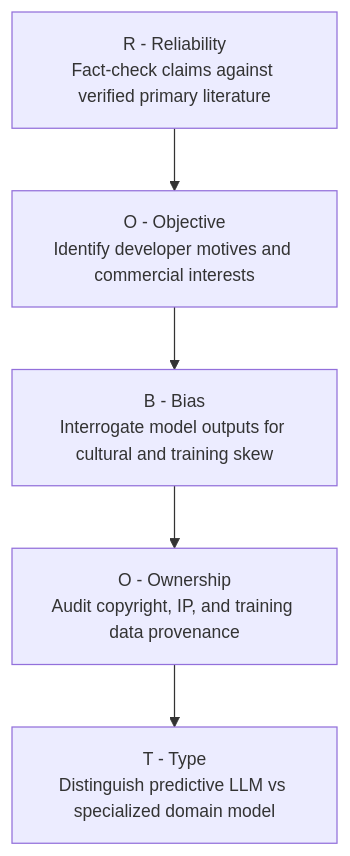
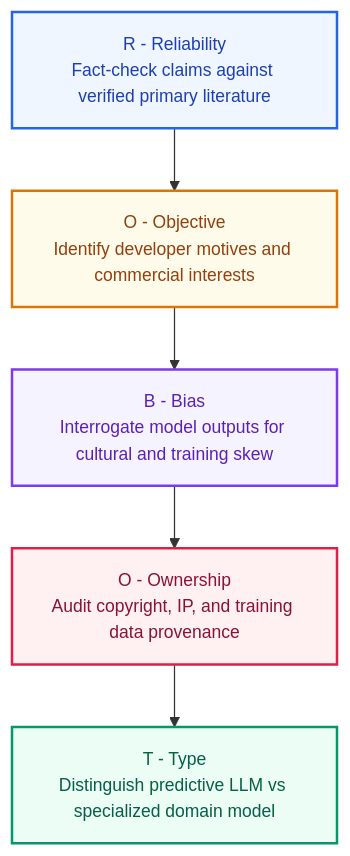
Before and after one commit to UCSB-Library-Research-Data-Services/AI-Literacy: the diagram in chapters/05-frameworks.qmd, drawn with Mermaid. The commit also changed 16 other files, not shown here.

First line of the commit message:
Refactor Mermaid styles and enhance flowchart definitions

````diff
--- a/chapters/05-frameworks.qmd
+++ b/chapters/05-frameworks.qmd
@@ -47,20 +47,32 @@
 ```{mermaid}
 %%| fig-cap: "The ROBOT Test for AI Output Evaluation"
 %%{init: {'flowchart': {'htmlLabels': false}, 'themeVariables': {'fontSize': '14px'}}}%%
 flowchart TD
     A["`R - Reliability
         Fact-check claims against verified primary literature`"]
     B["`O - Objective
         Identify developer motives and commercial interests`"]
     C["`B - Bias
         Interrogate model outputs for cultural and training skew`"]
     D["`O - Ownership
         Audit copyright, IP, and training data provenance`"]
     E["`T - Type
         Distinguish predictive LLM vs specialized domain model`"]
 
     A --> B
     B --> C
     C --> D
     D --> E
+
+    classDef rClass fill:#eff6ff,stroke:#2563eb,stroke-width:2px,color:#1e40af;
+    classDef o1Class fill:#fffbeb,stroke:#d97706,stroke-width:2px,color:#92400e;
+    classDef bClass fill:#f5f3ff,stroke:#7c3aed,stroke-width:2px,color:#5b21b6;
+    classDef o2Class fill:#fff1f2,stroke:#e11d48,stroke-width:2px,color:#881337;
+    classDef tClass fill:#ecfdf5,stroke:#059669,stroke-width:2px,color:#065f46;
+
+    class A rClass;
+    class B o1Class;
+    class C bClass;
+    class D o2Class;
+    class E tClass;
 ```
````
